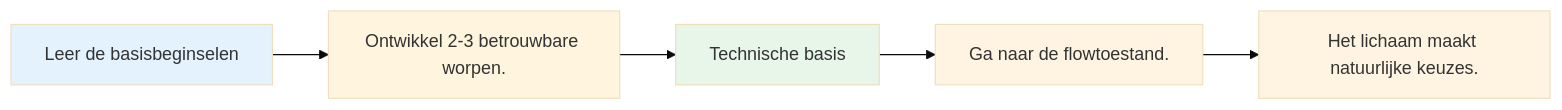
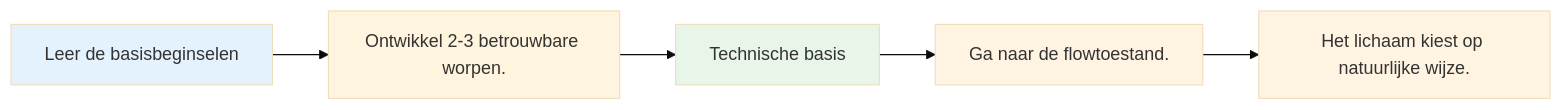
The sixth of 6 diagrams in docs/nl/technical/throws.md (patwii/petanque-academy), drawn with Mermaid (base theme) before and after one commit. The commit also changed 532 other files, not shown here.

````diff
--- a/docs/nl/technical/throws.md
+++ b/docs/nl/technical/throws.md
@@ -149,12 +149,12 @@
 ```mermaid
 graph LR
     A[Leer de basisbeginselen] --> B[Ontwikkel 2-3 betrouwbare worpen.]
     B --> C[Technische basis]
     C --> D[Ga naar de flowtoestand.]
-    D --> E[Het lichaam maakt natuurlijke keuzes.]
+    D --> E[Het lichaam kiest op natuurlijke wijze.]
 
     style A fill:#e3f2fd
     style C fill:#e8f5e9
     style D fill:#fff4e1
     style E fill:#fff4e1
 ```
````
